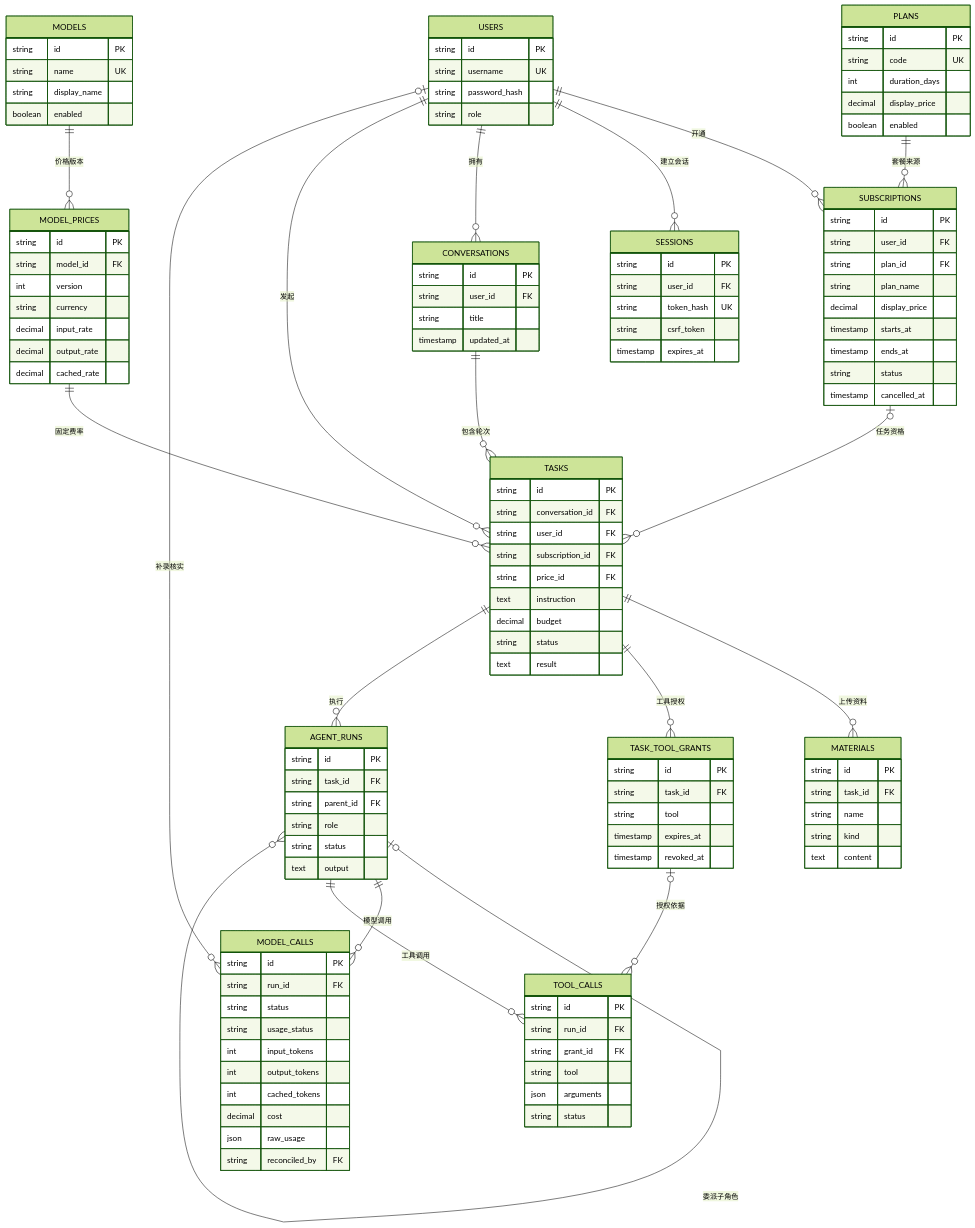
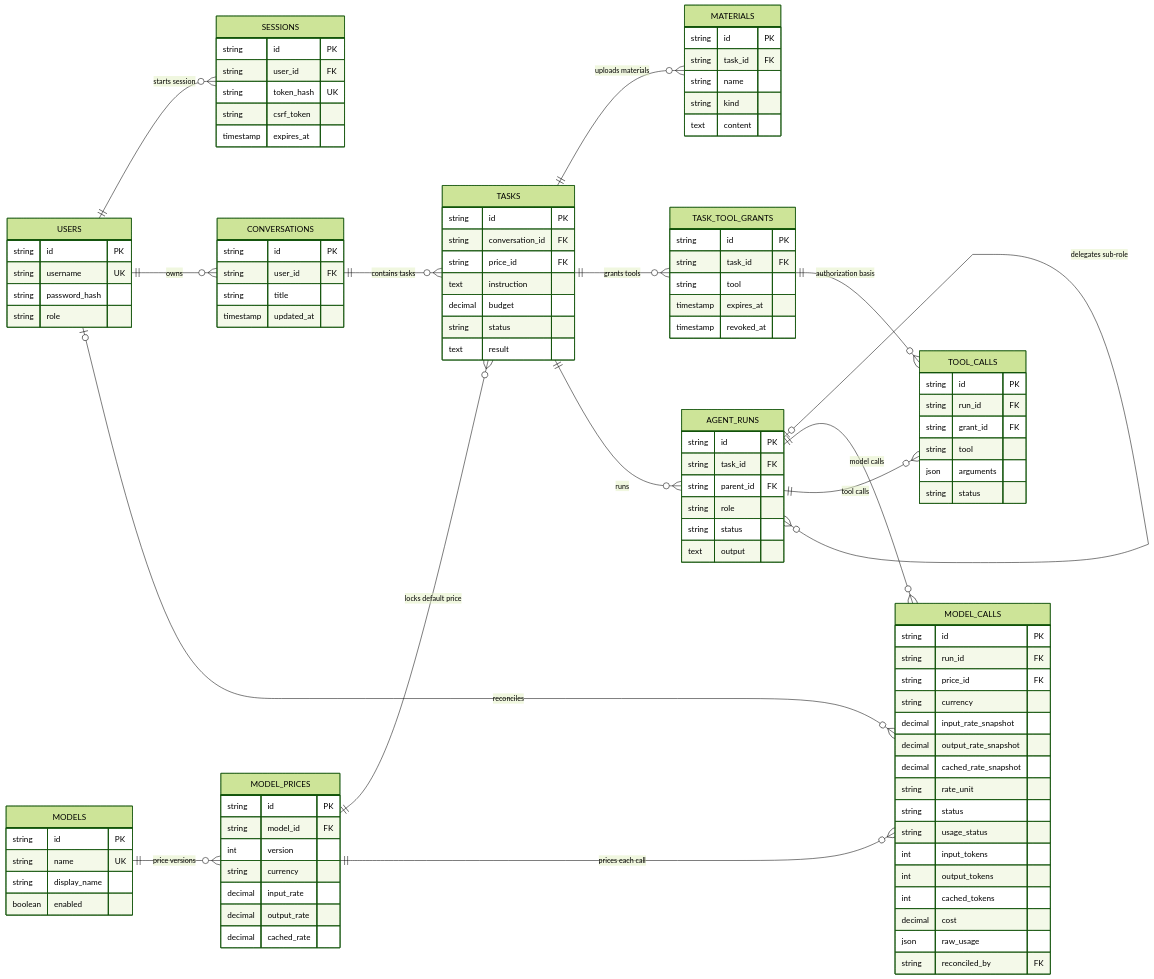
The diagram in docs/database-design.md (icey1287/agent-ledger), drawn with Mermaid (forest theme) before and after one commit. The commit also changed other lines of this file and 9 other files, not shown here.

Commit message:
feat(db): v1.2 schema changes - call rate snapshots, 3NF ownership, mandatory tool grants

````diff
--- a/docs/database-design.md
+++ b/docs/database-design.md
@@ -30,40 +33,21 @@
 ```mermaid
 erDiagram
-    USERS ||--o{ SUBSCRIPTIONS : "开通"
-    PLANS ||--o{ SUBSCRIPTIONS : "套餐来源"
-    SUBSCRIPTIONS |o--o{ TASKS : "任务资格"
-    PLANS {
-        string id PK
-        string code UK
-        int duration_days
-        decimal display_price
-        boolean enabled
-    }
-    SUBSCRIPTIONS {
-        string id PK
-        string user_id FK
-        string plan_id FK
-        string plan_name
-        decimal display_price
-        timestamp starts_at
-        timestamp ends_at
-        string status
-        timestamp cancelled_at
-    }
-    USERS ||--o{ SESSIONS : "建立会话"
-    USERS ||--o{ CONVERSATIONS : "拥有"
-    USERS ||--o{ TASKS : "发起"
-    USERS |o--o{ MODEL_CALLS : "补录核实"
-    CONVERSATIONS ||--o{ TASKS : "包含轮次"
-    MODELS ||--o{ MODEL_PRICES : "价格版本"
-    MODEL_PRICES ||--o{ TASKS : "固定费率"
-    TASKS ||--o{ MATERIALS : "上传资料"
-    TASKS ||--o{ TASK_TOOL_GRANTS : "工具授权"
-    TASKS ||--o{ AGENT_RUNS : "执行"
-    AGENT_RUNS |o--o{ AGENT_RUNS : "委派子角色"
-    AGENT_RUNS ||--o{ MODEL_CALLS : "模型调用"
-    AGENT_RUNS ||--o{ TOOL_CALLS : "工具调用"
-    TASK_TOOL_GRANTS |o--o{ TOOL_CALLS : "授权依据"
+    direction LR
+
+    USERS ||--o{ SESSIONS : "starts session"
+    USERS ||--o{ CONVERSATIONS : "owns"
+    CONVERSATIONS ||--o{ TASKS : "contains tasks"
+    MODELS ||--o{ MODEL_PRICES : "price versions"
+    MODEL_PRICES ||--o{ TASKS : "locks default price"
+    MODEL_PRICES ||--o{ MODEL_CALLS : "prices each call"
+    TASKS ||--o{ MATERIALS : "uploads materials"
+    TASKS ||--o{ TASK_TOOL_GRANTS : "grants tools"
+    TASKS ||--o{ AGENT_RUNS : "runs"
+    AGENT_RUNS |o--o{ AGENT_RUNS : "delegates sub-role"
+    AGENT_RUNS ||--o{ MODEL_CALLS : "model calls"
+    AGENT_RUNS ||--o{ TOOL_CALLS : "tool calls"
+    TASK_TOOL_GRANTS ||--o{ TOOL_CALLS : "authorization basis"
+    USERS |o--o{ MODEL_CALLS : "reconciles"
 
     USERS {
         string id PK
@@ -102,8 +86,6 @@
     TASKS {
         string id PK
         string conversation_id FK
-        string user_id FK
-        string subscription_id FK
         string price_id FK
         text instruction
         decimal budget
@@ -135,6 +117,12 @@
     MODEL_CALLS {
         string id PK
         string run_id FK
+        string price_id FK
+        string currency
+        decimal input_rate_snapshot
+        decimal output_rate_snapshot
+        decimal cached_rate_snapshot
+        string rate_unit
         string status
         string usage_status
         int input_tokens
````
